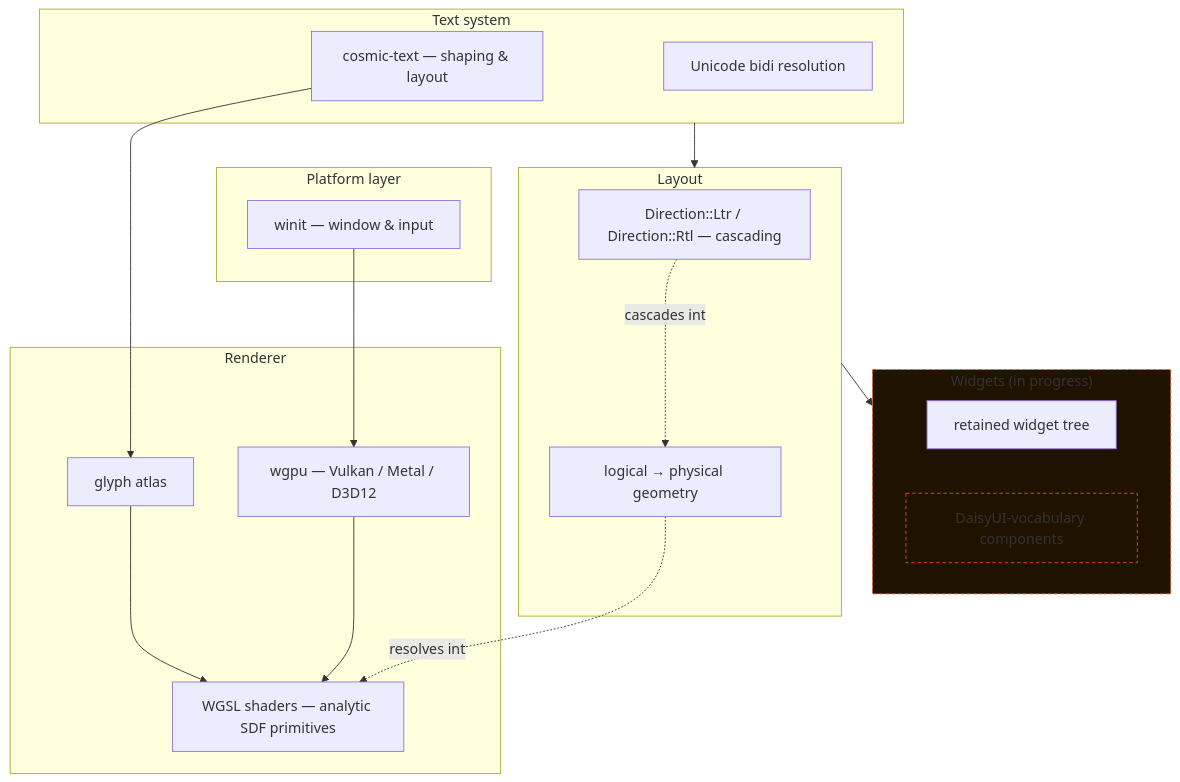
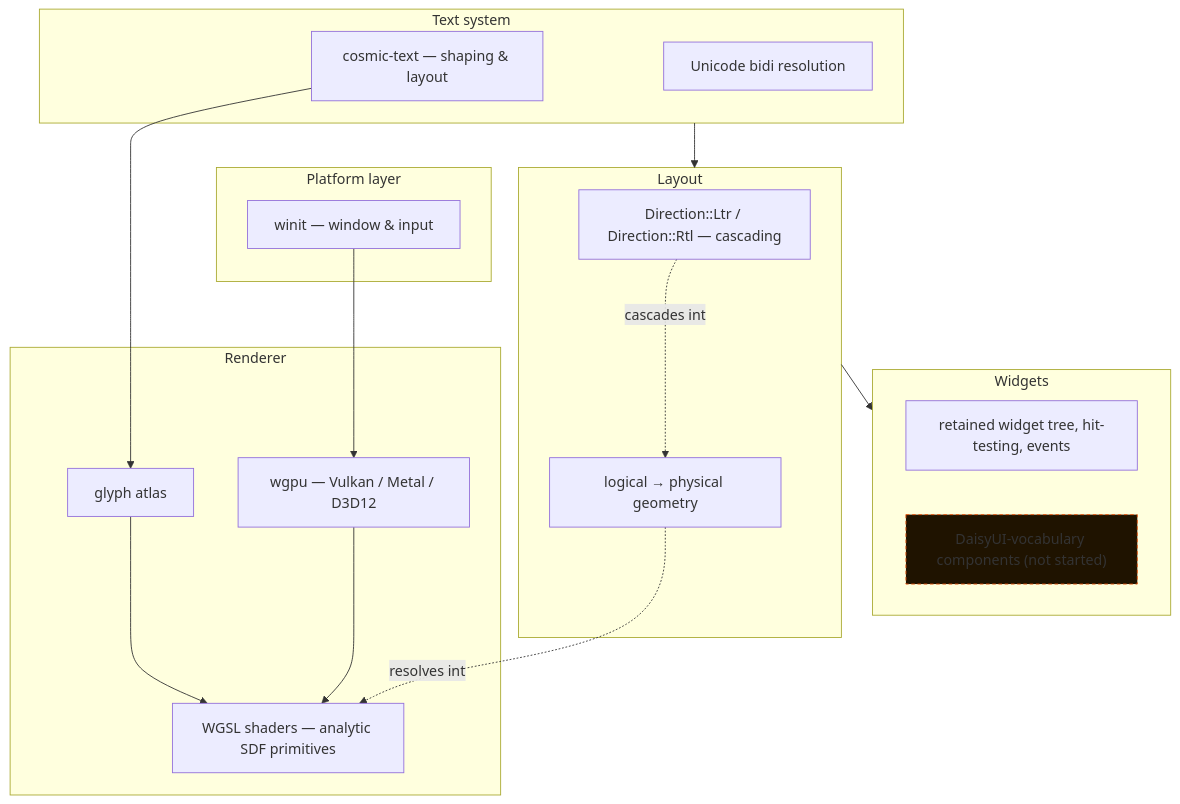
The diagram in README.md (RezaRasoulzadeh/mio-gui), drawn with Mermaid before and after one commit. The commit also changed other lines of this file, not shown here.

````diff
--- a/README.md
+++ b/README.md
@@ -34,39 +34,38 @@
 ```mermaid
 flowchart TB
     subgraph platform["Platform layer"]
         winit["winit — window & input"]
     end
 
     subgraph render["Renderer"]
         wgpu["wgpu — Vulkan / Metal / D3D12"]
         wgsl["WGSL shaders — analytic SDF primitives"]
         atlas["glyph atlas"]
     end
 
     subgraph text["Text system"]
         cosmic["cosmic-text — shaping & layout"]
         bidi["Unicode bidi resolution"]
     end
 
     subgraph layout["Layout"]
         direction["Direction::Ltr / Direction::Rtl — cascading"]
         geometry["logical → physical geometry"]
     end
 
-    subgraph widgets["Widgets (in progress)"]
-        tree["retained widget tree"]
-        daisy["DaisyUI-vocabulary components"]
+    subgraph widgets["Widgets"]
+        tree["retained widget tree, hit-testing, events"]
+        daisy["DaisyUI-vocabulary components (not started)"]
     end
 
     winit --> wgpu
     wgpu --> wgsl
     cosmic --> atlas
     atlas --> wgsl
     text --> layout
     layout --> widgets
     direction -.cascades into.-> geometry
     geometry -.resolves into.-> wgsl
 
-    style widgets fill:#1f1300,stroke:#e9540b,stroke-dasharray: 4 3
     style daisy fill:#1f1300,stroke:#e9540b,stroke-dasharray: 4 3
 ```
````
